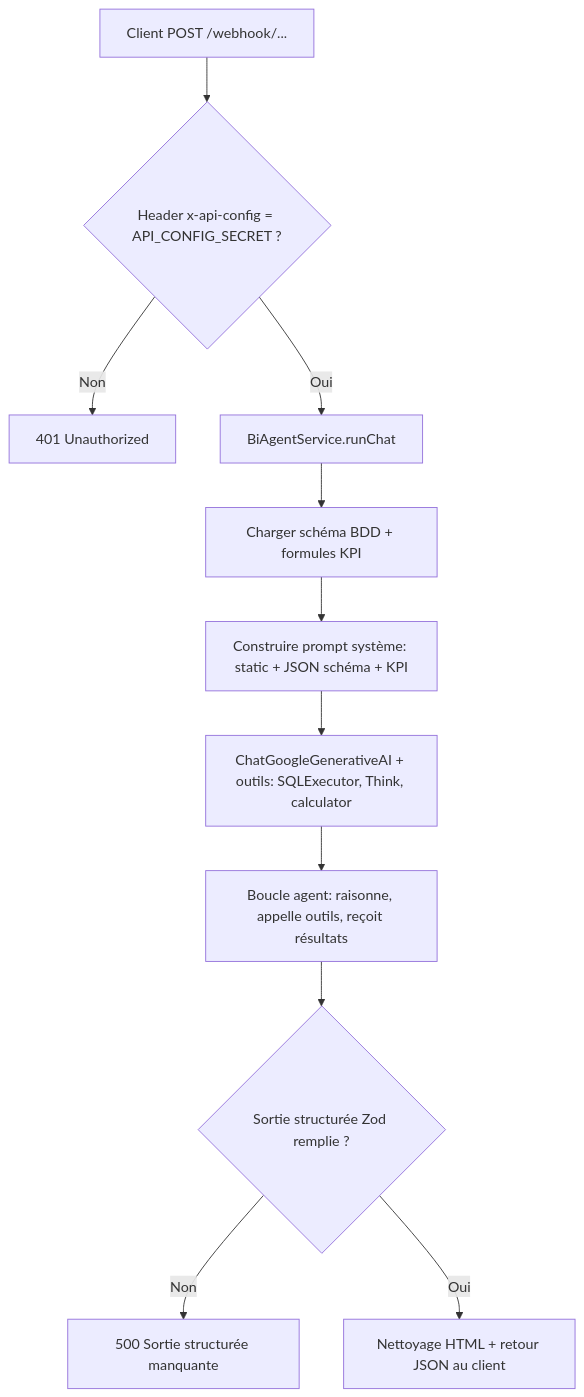
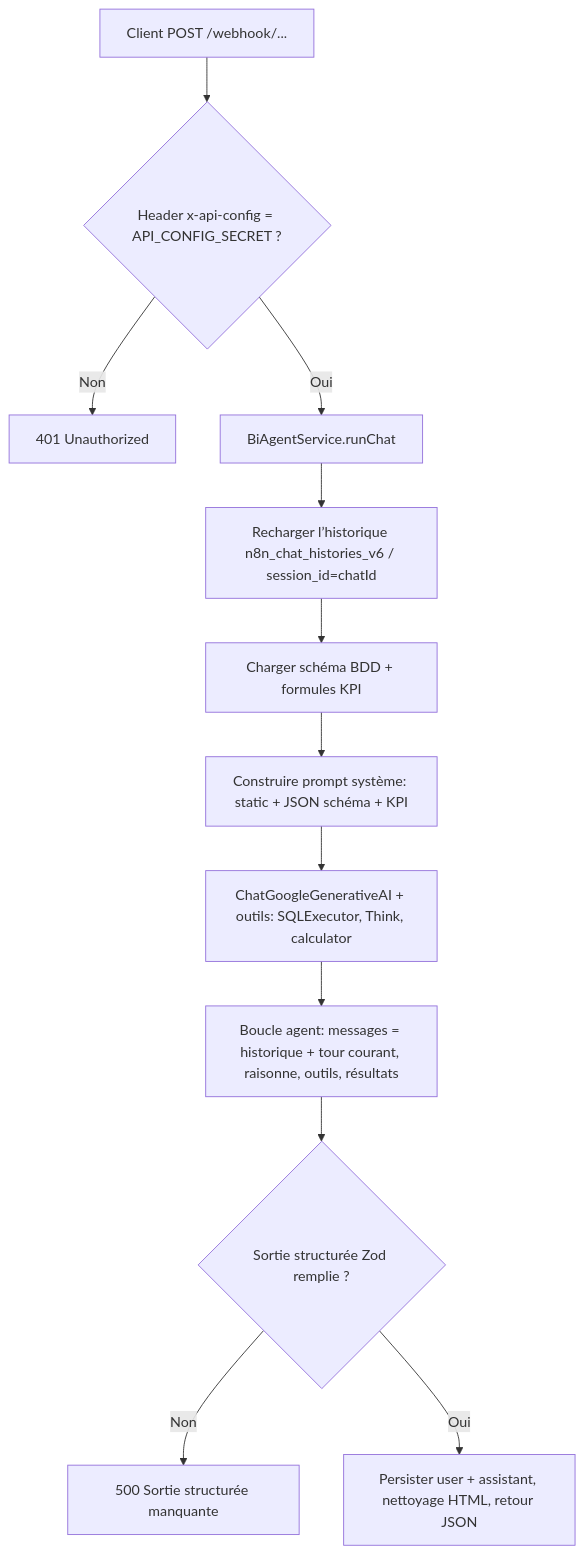
One commit to arnaud878/agent_ia changed the first of 2 diagrams in AGENT-IA.md. Above: the diagram before and after it, drawn with Mermaid. The commit also changed other lines of this file and 7 other files, not shown here.

First line of the commit message:
Implement chat history management in BiAgentService

````diff
--- a/AGENT-IA.md
+++ b/AGENT-IA.md
@@ -104,13 +104,14 @@
 ```mermaid
 flowchart TD
   A[Client POST /webhook/...] --> B{Header x-api-config = API_CONFIG_SECRET ?}
   B -->|Non| C[401 Unauthorized]
   B -->|Oui| D[BiAgentService.runChat]
-  D --> E[Charger schéma BDD + formules KPI]
+  D --> D1[Recharger l’historique n8n_chat_histories_v6 / session_id=chatId]
+  D1 --> E[Charger schéma BDD + formules KPI]
   E --> F[Construire prompt système: static + JSON schéma + KPI]
   F --> G[ChatGoogleGenerativeAI + outils: SQLExecutor, Think, calculator]
-  G --> H[Boucle agent: raisonne, appelle outils, reçoit résultats]
+  G --> H[Boucle agent: messages = historique + tour courant, raisonne, outils, résultats]
   H --> I{Sortie structurée Zod remplie ?}
   I -->|Non| J[500 Sortie structurée manquante]
-  I -->|Oui| K[Nettoyage HTML + retour JSON au client]
+  I -->|Oui| K[Persister user + assistant, nettoyage HTML, retour JSON]
 ```
````
